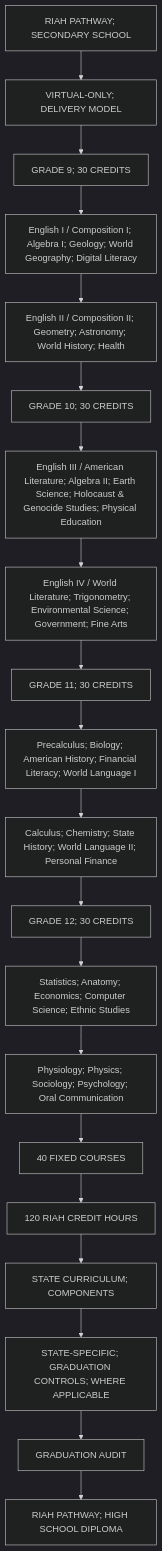
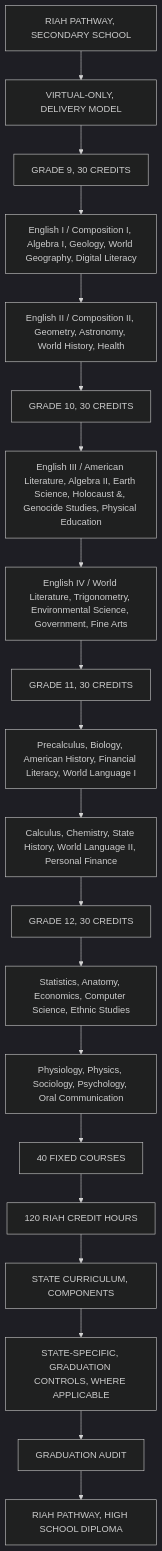
Before and after one commit to RIAHPathway/Website: diagram 28 of 28 in Curriculum-Structure/School-of-Foundations/HighSchoolStructure.md, drawn with Mermaid (dark theme). The commit also changed other lines of this file, not shown here.

Commit message:
Rebuild both four-year flows with explicit Mermaid statement boundaries

````diff
--- a/Curriculum-Structure/School-of-Foundations/HighSchoolStructure.md
+++ b/Curriculum-Structure/School-of-Foundations/HighSchoolStructure.md
@@ -991,42 +992,42 @@
 ```mermaid
-flowchart TD
-    N0["RIAH PATHWAY; SECONDARY SCHOOL"]
-    N1["VIRTUAL-ONLY; DELIVERY MODEL"]
-    N2["GRADE 9; 30 CREDITS"]
-    N3["English I / Composition I; Algebra I; Geology; World Geography; Digital Literacy"]
-    N4["English II / Composition II; Geometry; Astronomy; World History; Health"]
-    N5["GRADE 10; 30 CREDITS"]
-    N6["English III / American Literature; Algebra II; Earth Science; Holocaust &amp; Genocide Studies; Physical Education"]
-    N7["English IV / World Literature; Trigonometry; Environmental Science; Government; Fine Arts"]
-    N8["GRADE 11; 30 CREDITS"]
-    N9["Precalculus; Biology; American History; Financial Literacy; World Language I"]
-    N10["Calculus; Chemistry; State History; World Language II; Personal Finance"]
-    N11["GRADE 12; 30 CREDITS"]
-    N12["Statistics; Anatomy; Economics; Computer Science; Ethnic Studies"]
-    N13["Physiology; Physics; Sociology; Psychology; Oral Communication"]
-    N14["40 FIXED COURSES"]
-    N15["120 RIAH CREDIT HOURS"]
-    N16["STATE CURRICULUM; COMPONENTS"]
-    N17["STATE-SPECIFIC; GRADUATION CONTROLS; WHERE APPLICABLE"]
-    N18["GRADUATION AUDIT"]
-    N19["RIAH PATHWAY; HIGH SCHOOL DIPLOMA"]
-    N0 --> N1
-    N1 --> N2
-    N2 --> N3
-    N3 --> N4
-    N4 --> N5
-    N5 --> N6
-    N6 --> N7
-    N7 --> N8
-    N8 --> N9
-    N9 --> N10
-    N10 --> N11
-    N11 --> N12
-    N12 --> N13
-    N13 --> N14
-    N14 --> N15
-    N15 --> N16
-    N16 --> N17
-    N17 --> N18
-    N18 --> N19
+graph TD;
+    FLOW_0["RIAH PATHWAY, SECONDARY SCHOOL"];
+    FLOW_1["VIRTUAL-ONLY, DELIVERY MODEL"];
+    FLOW_2["GRADE 9, 30 CREDITS"];
+    FLOW_3["English I / Composition I, Algebra I, Geology, World Geography, Digital Literacy"];
+    FLOW_4["English II / Composition II, Geometry, Astronomy, World History, Health"];
+    FLOW_5["GRADE 10, 30 CREDITS"];
+    FLOW_6["English III / American Literature, Algebra II, Earth Science, Holocaust &amp, Genocide Studies, Physical Education"];
+    FLOW_7["English IV / World Literature, Trigonometry, Environmental Science, Government, Fine Arts"];
+    FLOW_8["GRADE 11, 30 CREDITS"];
+    FLOW_9["Precalculus, Biology, American History, Financial Literacy, World Language I"];
+    FLOW_10["Calculus, Chemistry, State History, World Language II, Personal Finance"];
+    FLOW_11["GRADE 12, 30 CREDITS"];
+    FLOW_12["Statistics, Anatomy, Economics, Computer Science, Ethnic Studies"];
+    FLOW_13["Physiology, Physics, Sociology, Psychology, Oral Communication"];
+    FLOW_14["40 FIXED COURSES"];
+    FLOW_15["120 RIAH CREDIT HOURS"];
+    FLOW_16["STATE CURRICULUM, COMPONENTS"];
+    FLOW_17["STATE-SPECIFIC, GRADUATION CONTROLS, WHERE APPLICABLE"];
+    FLOW_18["GRADUATION AUDIT"];
+    FLOW_19["RIAH PATHWAY, HIGH SCHOOL DIPLOMA"];
+    FLOW_0 --> FLOW_1;
+    FLOW_1 --> FLOW_2;
+    FLOW_2 --> FLOW_3;
+    FLOW_3 --> FLOW_4;
+    FLOW_4 --> FLOW_5;
+    FLOW_5 --> FLOW_6;
+    FLOW_6 --> FLOW_7;
+    FLOW_7 --> FLOW_8;
+    FLOW_8 --> FLOW_9;
+    FLOW_9 --> FLOW_10;
+    FLOW_10 --> FLOW_11;
+    FLOW_11 --> FLOW_12;
+    FLOW_12 --> FLOW_13;
+    FLOW_13 --> FLOW_14;
+    FLOW_14 --> FLOW_15;
+    FLOW_15 --> FLOW_16;
+    FLOW_16 --> FLOW_17;
+    FLOW_17 --> FLOW_18;
+    FLOW_18 --> FLOW_19;
 ```
````
